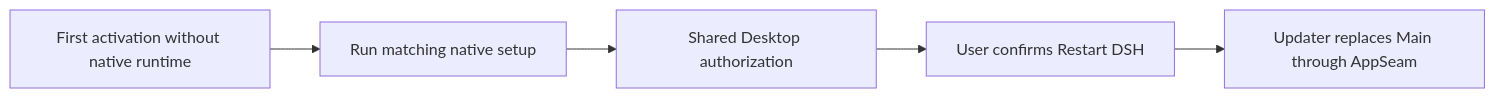
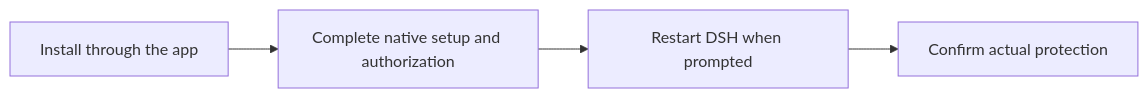
Before and after one commit to finogeeks/finsafe: the diagram in integrations/dsh/windows/README.md, drawn with Mermaid. The commit also changed other lines of this file and 6 other files, not shown here.

````diff
--- a/integrations/dsh/windows/README.md
+++ b/integrations/dsh/windows/README.md
@@ -109,7 +56,6 @@
 ```mermaid
 flowchart LR
-    A[First activation without native runtime] --> B[Run matching native setup]
-    B --> C[Shared Desktop authorization]
-    C --> D[User confirms Restart DSH]
-    D --> E[Updater replaces Main through AppSeam]
+    A[Install through the app] --> B[Complete native setup and authorization]
+    B --> C[Restart DSH when prompted]
+    C --> D[Confirm actual protection]
 ```
````
